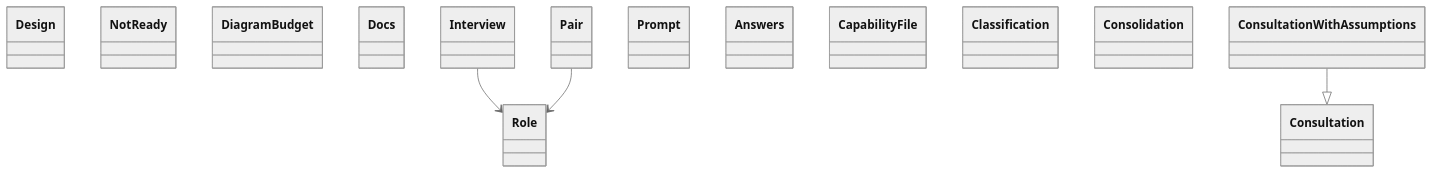
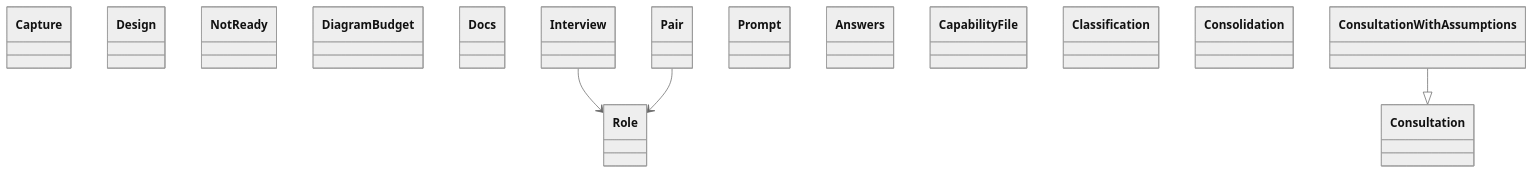
Before and after one commit to GonzaloZevallos/agentic-system: the diagram in docs/architecture/generated/classes-process-domain-roles-1.md, drawn with Mermaid (neutral theme). The commit also changed other lines of this file and 4 other files, not shown here.

````diff
--- a/docs/architecture/generated/classes-process-domain-roles-1.md
+++ b/docs/architecture/generated/classes-process-domain-roles-1.md
@@ -28,20 +28,21 @@
 ```mermaid
 classDiagram
+    class design__Capture["Capture"]
     class design__Design["Design"]
     class design__NotReady["NotReady"]
     class docs__DiagramBudget["DiagramBudget"]
     class docs__Docs["Docs"]
     class roles__Interview["Interview"]
     class roles__Pair["Pair"]
     class roles__Prompt["Prompt"]
     class roles__Role["Role"]
     class schemas__Answers["Answers"]
     class schemas__CapabilityFile["CapabilityFile"]
     class schemas__Classification["Classification"]
     class schemas__Consolidation["Consolidation"]
     class schemas__Consultation["Consultation"]
     class schemas__ConsultationWithAssumptions["ConsultationWithAssumptions"]
     roles__Interview --> roles__Role
     roles__Pair --> roles__Role
     schemas__ConsultationWithAssumptions --|> schemas__Consultation
 ```
````
